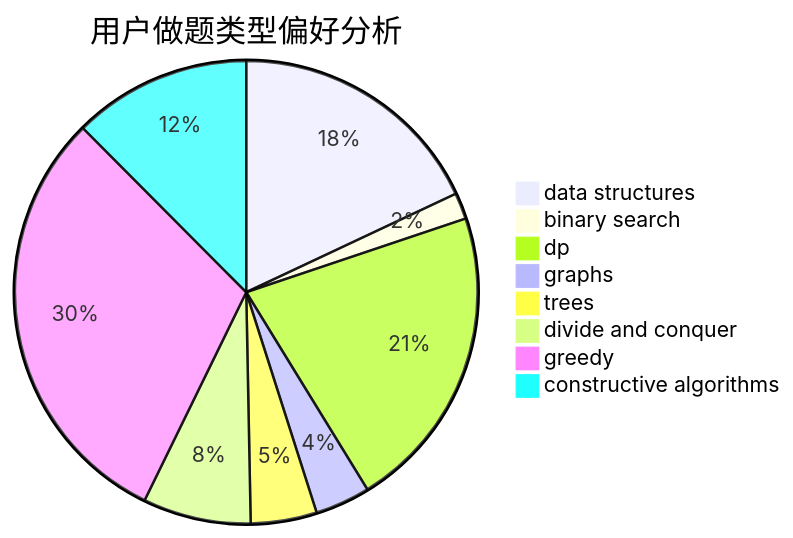
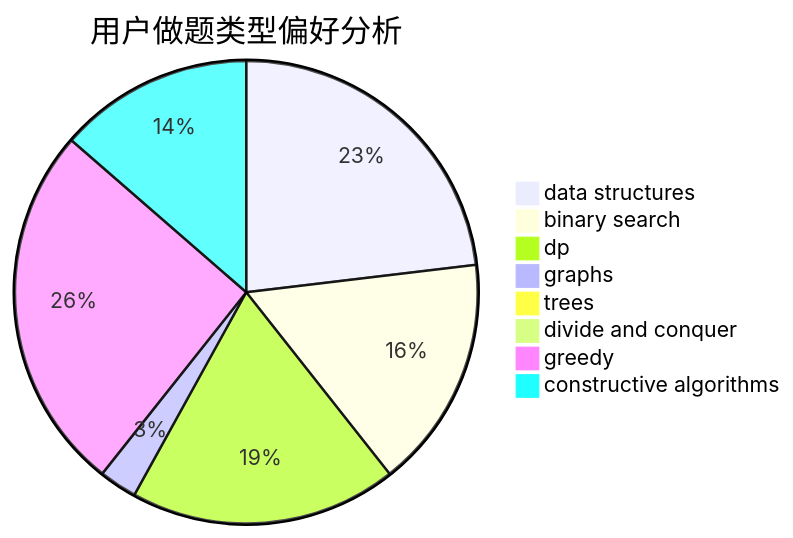
One commit to sherpahu/cfrs.github.io changed the second of 3 diagrams in docs/user/u431.md. Above: the diagram before and after it, drawn with Mermaid. The commit also changed other lines of this file and 2770 other files, not shown here.

````diff
--- a/docs/user/u431.md
+++ b/docs/user/u431.md
@@ -23,11 +23,11 @@
 ```mermaid
 pie title 用户做题类型偏好分析
-    "data structures" :  117
-    "binary search" :  12
-    "dp" :  139
-    "graphs" :  25
-    "trees" :  30
-    "divide and conquer" :  49
-    "greedy" :  197
-    "constructive algorithms" :  81
+    "data structures" :  567
+    "binary search" :  399
+    "dp" :  458
+    "graphs" :  65
+    "trees" :  17
+    "divide and conquer" :  0
+    "greedy" :  631
+    "constructive algorithms" :  334
 ```
````
